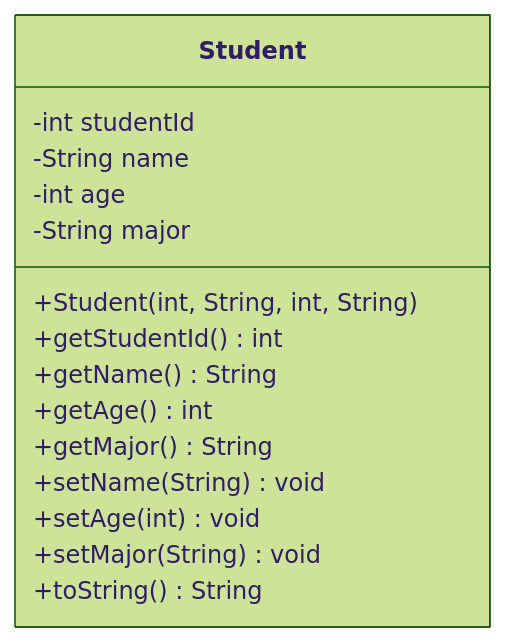
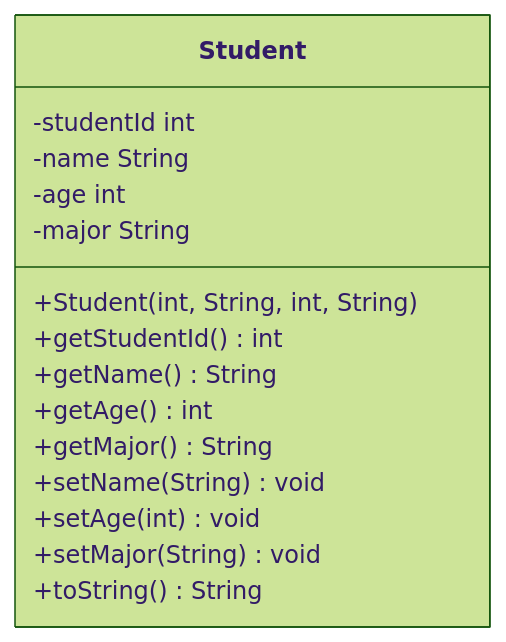
Before and after one commit to jayani-athukorala/java-oop-exercise: the third of 5 diagrams in README.md, drawn with Mermaid (forest theme). The commit also changed other lines of this file, not shown here.

Commit message:
format uml diagrams

````diff
--- a/README.md
+++ b/README.md
@@ -60,18 +60,18 @@
 ```mermaid
 classDiagram
     class Student {
-        -int studentId
-        -String name
-        -int age
-        -String major
+        -studentId int
+        -name String
+        -age int
+        -major String
         +Student(int, String, int, String)
         +getStudentId() int
         +getName() String
         +getAge() int
         +getMajor() String
         +setName(String) void
         +setAge(int) void
         +setMajor(String) void
         +toString() String
     }
 ```
````
